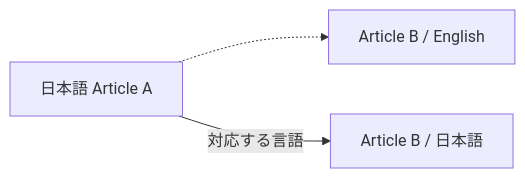
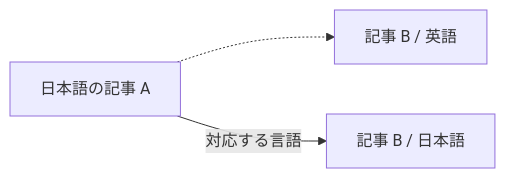
Before and after one commit to Rerurate514/riebeckite: the fifth of 6 diagrams in docs/docs/guides/localization.ja.md, drawn with Mermaid. The commit also changed other lines of this file and 310 other files, not shown here.

````diff
--- a/docs/docs/guides/localization.ja.md
+++ b/docs/docs/guides/localization.ja.md
@@ -307,9 +315,9 @@
 ```mermaid
 flowchart LR
-    JA1["日本語 Article A"]
-    EN2["Article B / English"]
-    JA2["Article B / 日本語"]
+    JA1["日本語の記事 A"]
+    EN2["記事 B / 英語"]
+    JA2["記事 B / 日本語"]
 
     JA1 -.-> EN2
     JA1 -->|"対応する言語"| JA2
 ```
````
